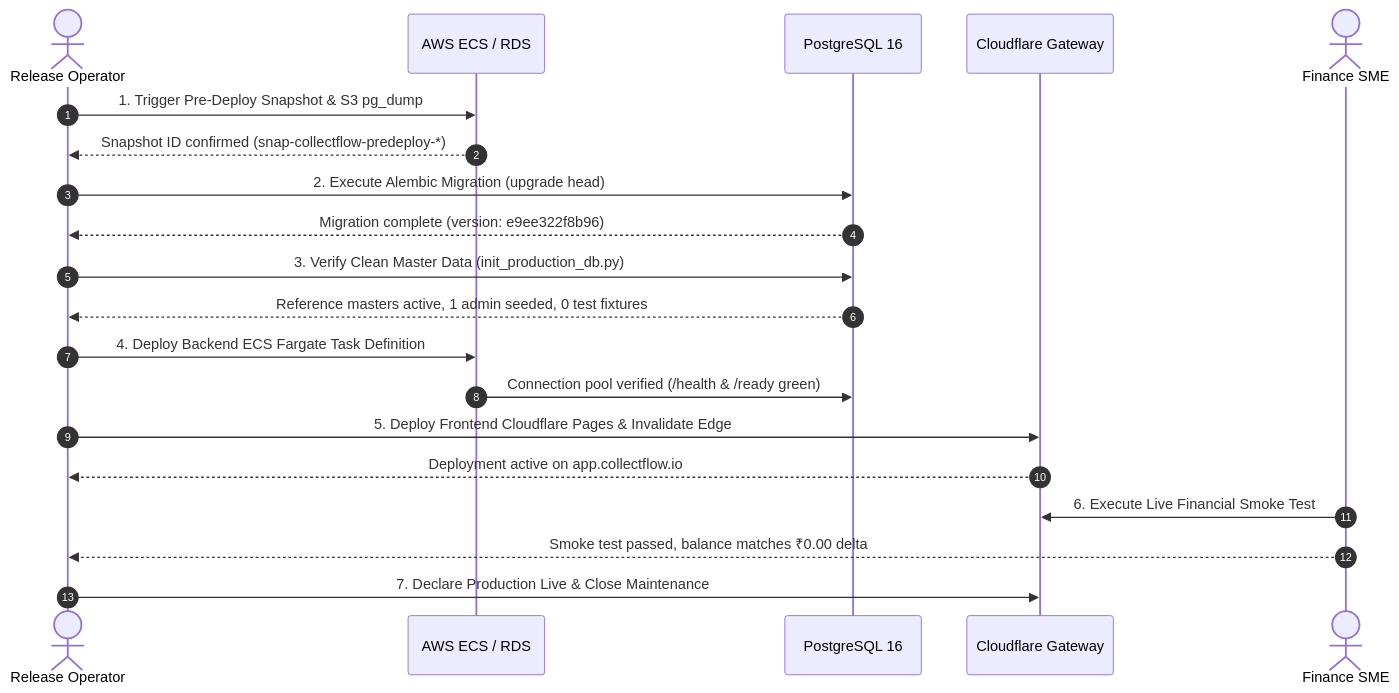
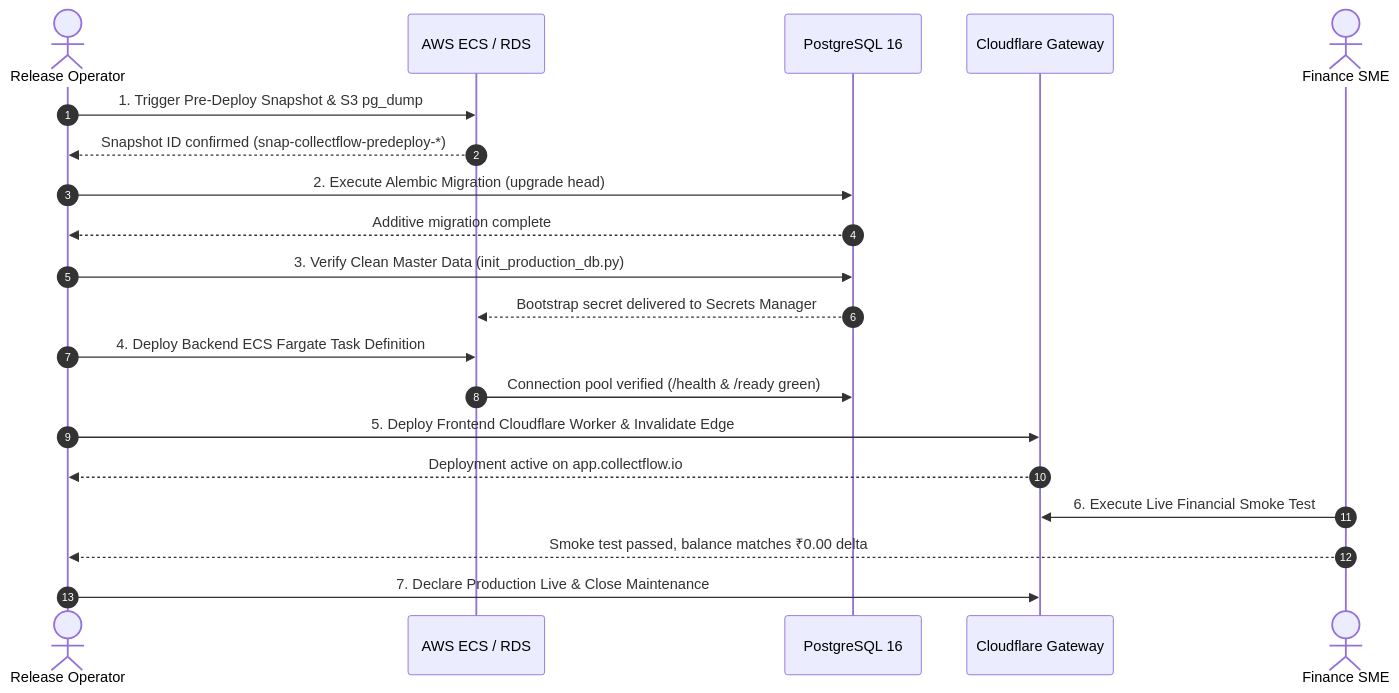
The first of 2 diagrams in docs/runbooks/COLLECTFLOW_RELEASE_AND_ROLLBACK_RUNBOOK.md (AnishB-Personal/collectflow), drawn with Mermaid before and after one commit. The commit also changed other lines of this file and 3 other files, not shown here.

````diff
--- a/docs/runbooks/COLLECTFLOW_RELEASE_AND_ROLLBACK_RUNBOOK.md
+++ b/docs/runbooks/COLLECTFLOW_RELEASE_AND_ROLLBACK_RUNBOOK.md
@@ -70,23 +75,23 @@
 ```mermaid
 sequenceDiagram
     autonumber
     actor DevOps as Release Operator
     participant AWS as AWS ECS / RDS
     participant PG as PostgreSQL 16
     participant CF as Cloudflare Gateway
     actor Fin as Finance SME
 
     DevOps->>AWS: 1. Trigger Pre-Deploy Snapshot & S3 pg_dump
     AWS-->>DevOps: Snapshot ID confirmed (snap-collectflow-predeploy-*)
     DevOps->>PG: 2. Execute Alembic Migration (upgrade head)
-    PG-->>DevOps: Migration complete (version: e9ee322f8b96)
+    PG-->>DevOps: Additive migration complete
     DevOps->>PG: 3. Verify Clean Master Data (init_production_db.py)
-    PG-->>DevOps: Reference masters active, 1 admin seeded, 0 test fixtures
+    PG-->>AWS: Bootstrap secret delivered to Secrets Manager
     DevOps->>AWS: 4. Deploy Backend ECS Fargate Task Definition
     AWS->>PG: Connection pool verified (/health & /ready green)
-    DevOps->>CF: 5. Deploy Frontend Cloudflare Pages & Invalidate Edge
+    DevOps->>CF: 5. Deploy Frontend Cloudflare Worker & Invalidate Edge
     CF-->>DevOps: Deployment active on app.collectflow.io
     Fin->>CF: 6. Execute Live Financial Smoke Test
     Fin-->>DevOps: Smoke test passed, balance matches ₹0.00 delta
     DevOps->>CF: 7. Declare Production Live & Close Maintenance
 ```
````
